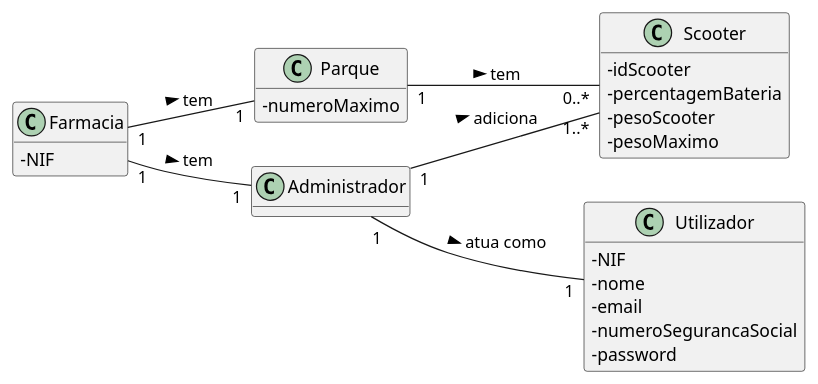
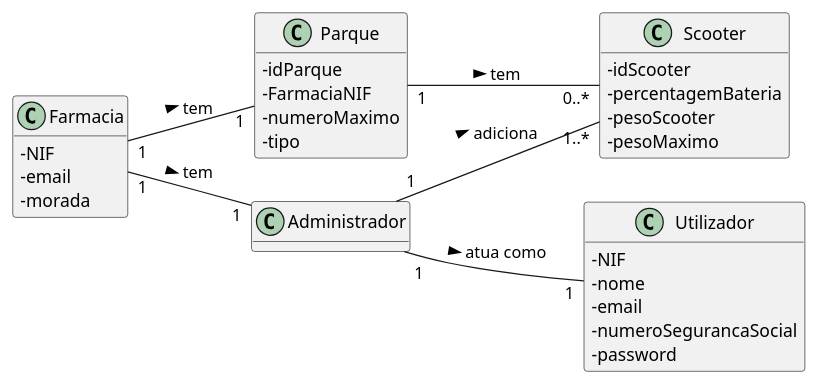
The diagram in docs/UC10/UC_10_AdicionarScooter_MD.puml (pedrolemos4/LAPR3), drawn with PlantUML before and after one commit. The commit also changed 6 other files, not shown here.

```diff
--- a/docs/UC10/UC_10_AdicionarScooter_MD.puml
+++ b/docs/UC10/UC_10_AdicionarScooter_MD.puml
@@ -1,35 +1,40 @@
 @startuml
 skinparam classAttributeIconSize 0
 hide methods
 left to right direction
 
 class Parque {
+  -idParque
+  -FarmaciaNIF  
   -numeroMaximo
+  -tipo
 }
 
 class Farmacia {
   -NIF
+  -email
+  -morada
 }
 
 class Utilizador {
   -NIF
   -nome
   -email
   -numeroSegurancaSocial
   -password
 }
 
 class Scooter {
   -idScooter
   -percentagemBateria
   -pesoScooter
   -pesoMaximo
 }
 
 Administrador "1" -- "1" Utilizador: atua como >
 Administrador "1" -- "1..*" Scooter: adiciona >
 Farmacia "1" -- "1" Parque: tem >
 Farmacia "1" -- "1" Administrador: tem >
 Parque "1" -- "0..*" Scooter: tem > 
 
 @enduml
```
